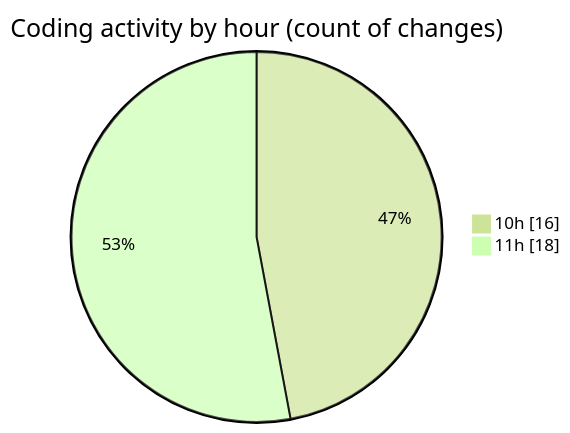
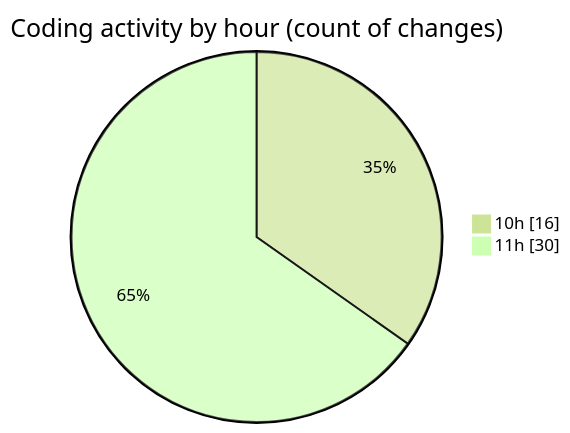
The second of 2 diagrams in 2025-02-20/micros/README.md (charlie-sans/code-tracking), drawn with Mermaid (forest theme) before and after one commit. The commit also changed other lines of this file and 1 other file, not shown here.

````diff
--- a/2025-02-20/micros/README.md
+++ b/2025-02-20/micros/README.md
@@ -46,6 +48,6 @@
 ```mermaid
 pie showData
 title Coding activity by hour (count of changes)
 "10h" : 16
-"11h" : 18
+"11h" : 30
 ```
````
